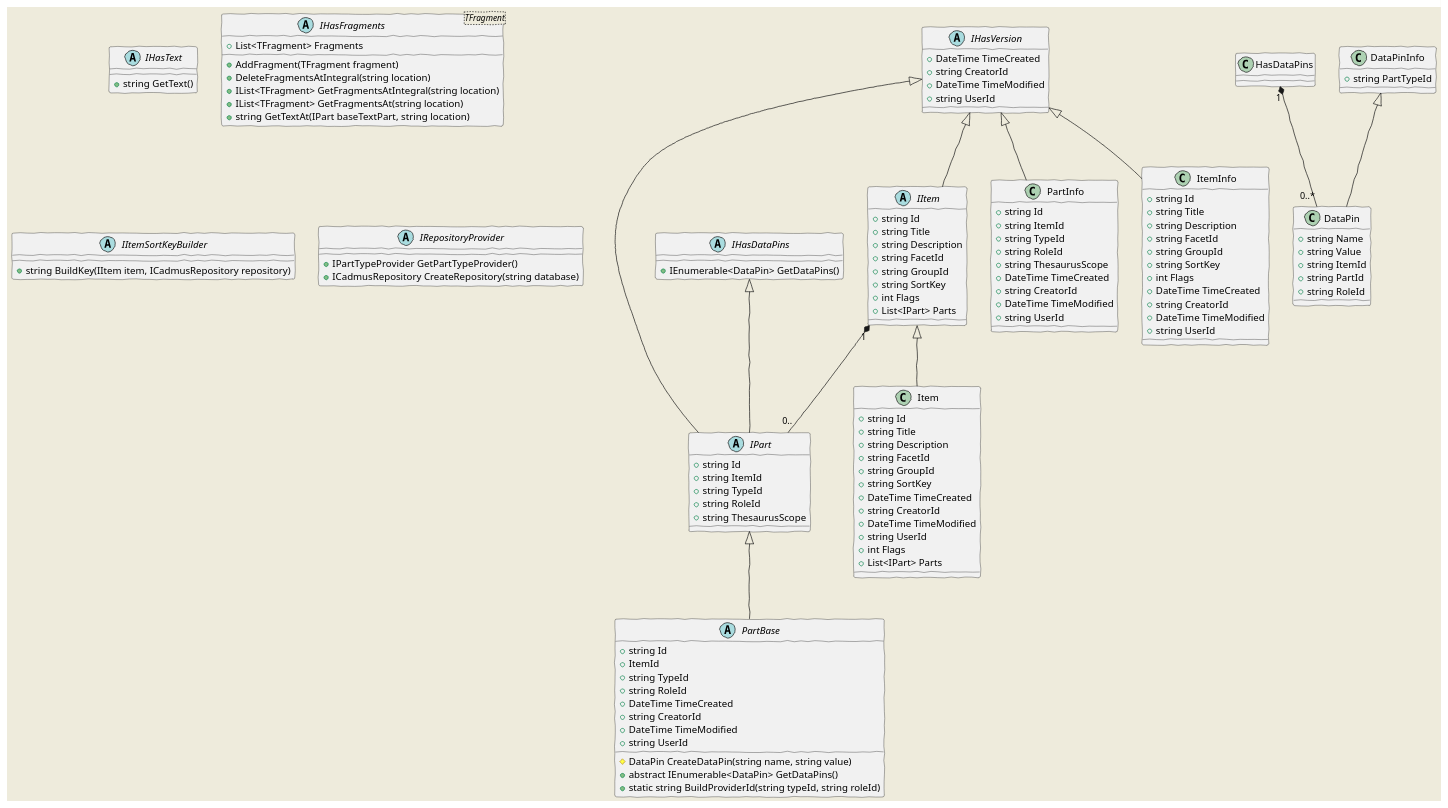
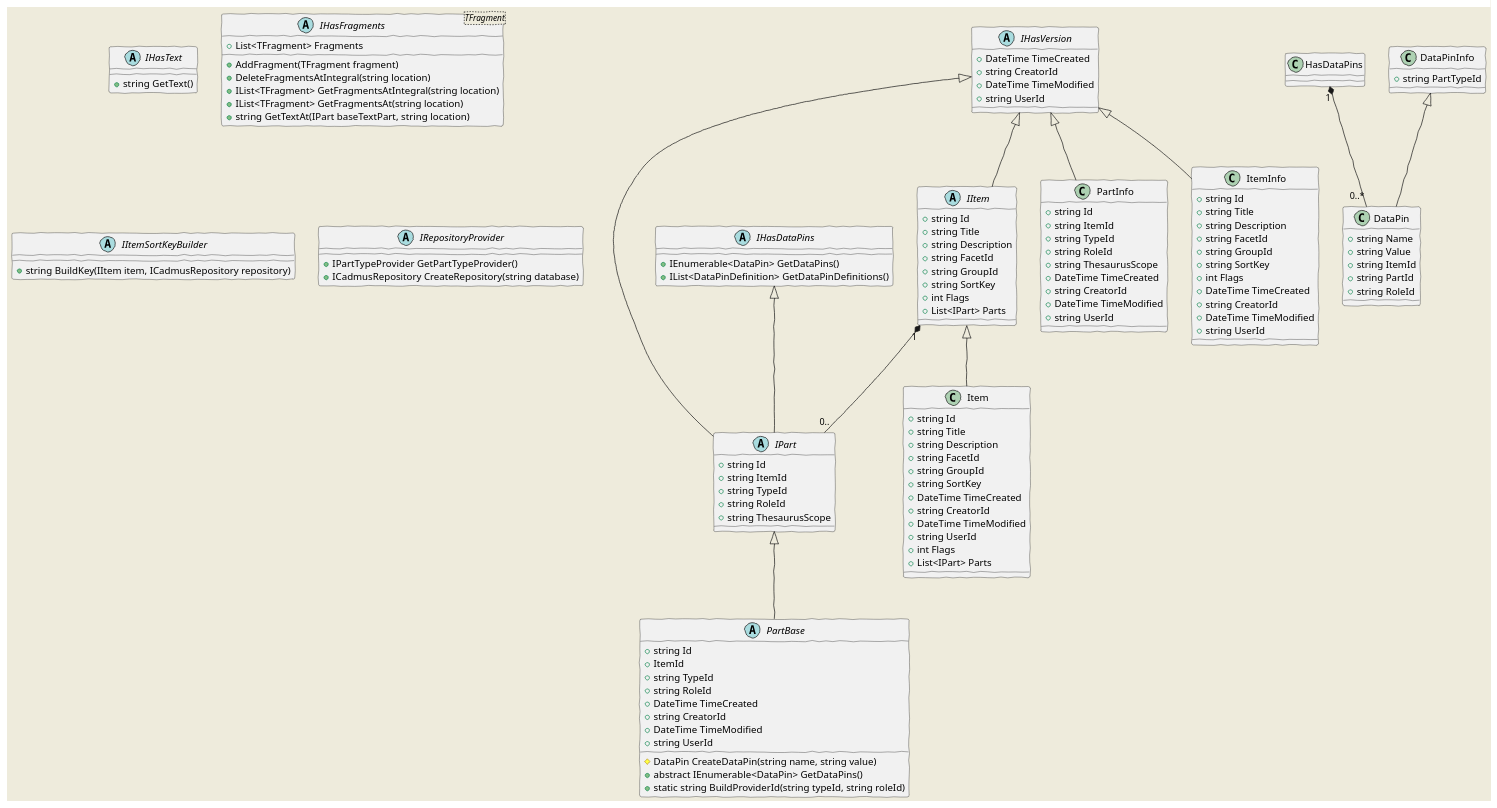
One commit to vedph/cadmus_doc changed the diagram in core/core.md. Above: the diagram before and after it, drawn with PlantUML. The commit also changed other lines of this file and 9 other files, not shown here.

```diff
--- a/core/core.md
+++ b/core/core.md
@@ -26,6 +26,7 @@
 
     abstract class IHasDataPins {
         +IEnumerable<DataPin> GetDataPins()
+        +IList<DataPinDefinition> GetDataPinDefinitions()
     }
     HasDataPins "1"*--"0..*" DataPin
 
```
